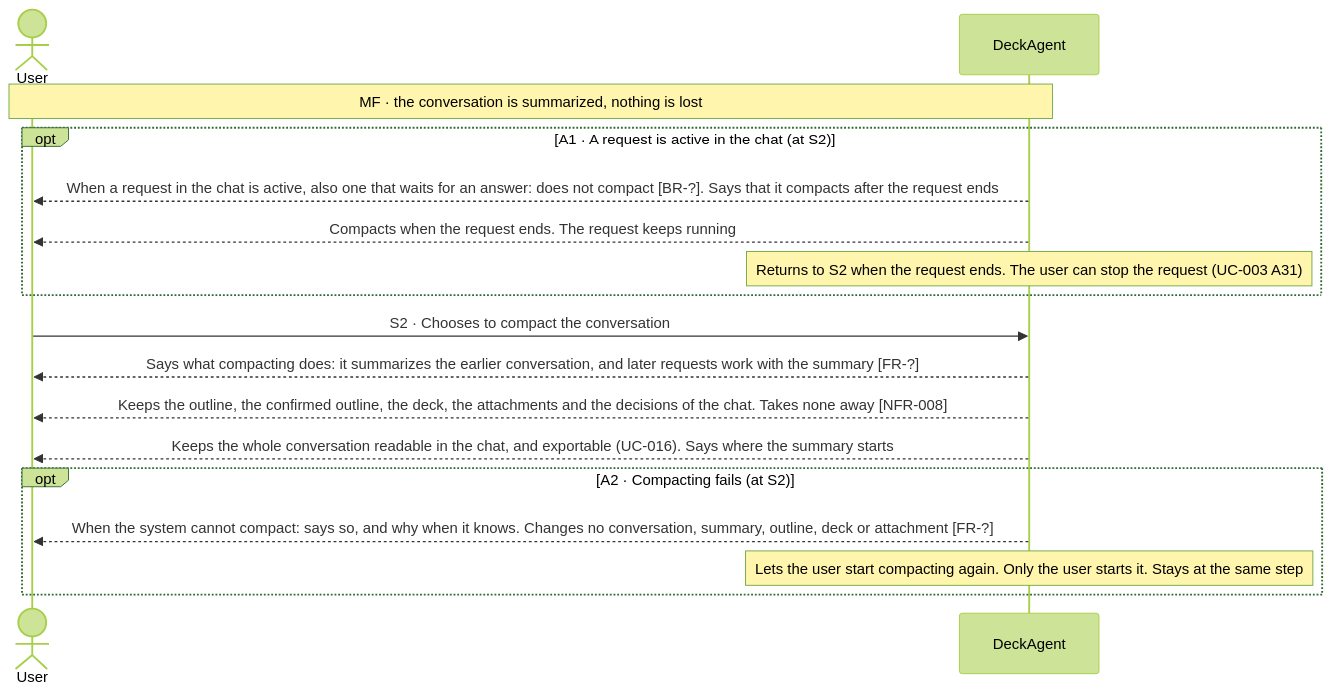
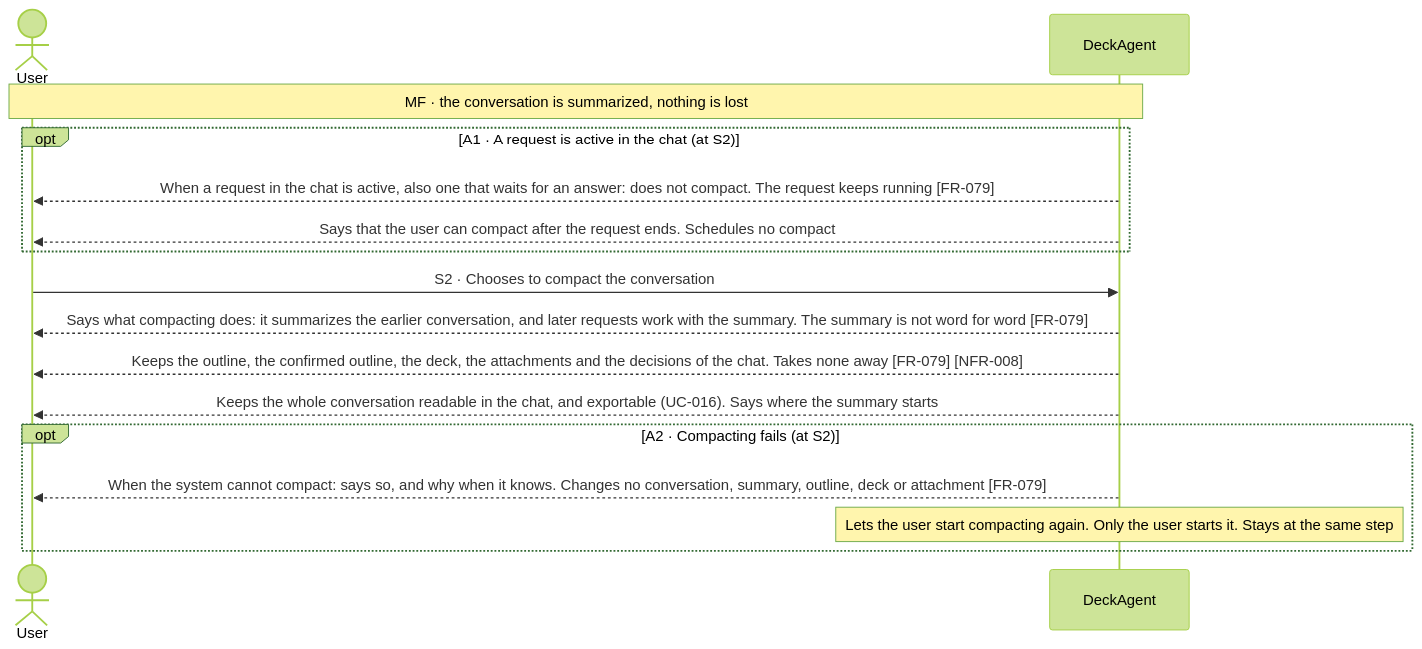
The second of 2 diagrams in docs/spec/03-use-cases/UC-015.md (Luke23127006/DeckAgent), drawn with Mermaid (forest theme) before and after one commit. The commit also changed other lines of this file and 128 other files, not shown here.

````diff
--- a/docs/spec/03-use-cases/UC-015.md
+++ b/docs/spec/03-use-cases/UC-015.md
@@ -56,19 +52,18 @@
 ```mermaid
 sequenceDiagram
     actor User
     participant DeckAgent
     Note over User,DeckAgent: MF · the conversation is summarized, nothing is lost
     opt A1 · A request is active in the chat (at S2)
-        DeckAgent-->>User: When a request in the chat is active, also one that waits for an answer: does not compact [BR-?]. Says that it compacts after the request ends
-        DeckAgent-->>User: Compacts when the request ends. The request keeps running
-        note over DeckAgent: Returns to S2 when the request ends. The user can stop the request (UC-003 A31)
+        DeckAgent-->>User: When a request in the chat is active, also one that waits for an answer: does not compact. The request keeps running [FR-079]
+        DeckAgent-->>User: Says that the user can compact after the request ends. Schedules no compact
     end
     User->>DeckAgent: S2 · Chooses to compact the conversation
-    DeckAgent-->>User: Says what compacting does: it summarizes the earlier conversation, and later requests work with the summary [FR-?]
-    DeckAgent-->>User: Keeps the outline, the confirmed outline, the deck, the attachments and the decisions of the chat. Takes none away [NFR-008]
+    DeckAgent-->>User: Says what compacting does: it summarizes the earlier conversation, and later requests work with the summary. The summary is not word for word [FR-079]
+    DeckAgent-->>User: Keeps the outline, the confirmed outline, the deck, the attachments and the decisions of the chat. Takes none away [FR-079] [NFR-008]
     DeckAgent-->>User: Keeps the whole conversation readable in the chat, and exportable (UC-016). Says where the summary starts
     opt A2 · Compacting fails (at S2)
-        DeckAgent-->>User: When the system cannot compact: says so, and why when it knows. Changes no conversation, summary, outline, deck or attachment [FR-?]
+        DeckAgent-->>User: When the system cannot compact: says so, and why when it knows. Changes no conversation, summary, outline, deck or attachment [FR-079]
         note over DeckAgent: Lets the user start compacting again. Only the user starts it. Stays at the same step
     end
 ```
````
